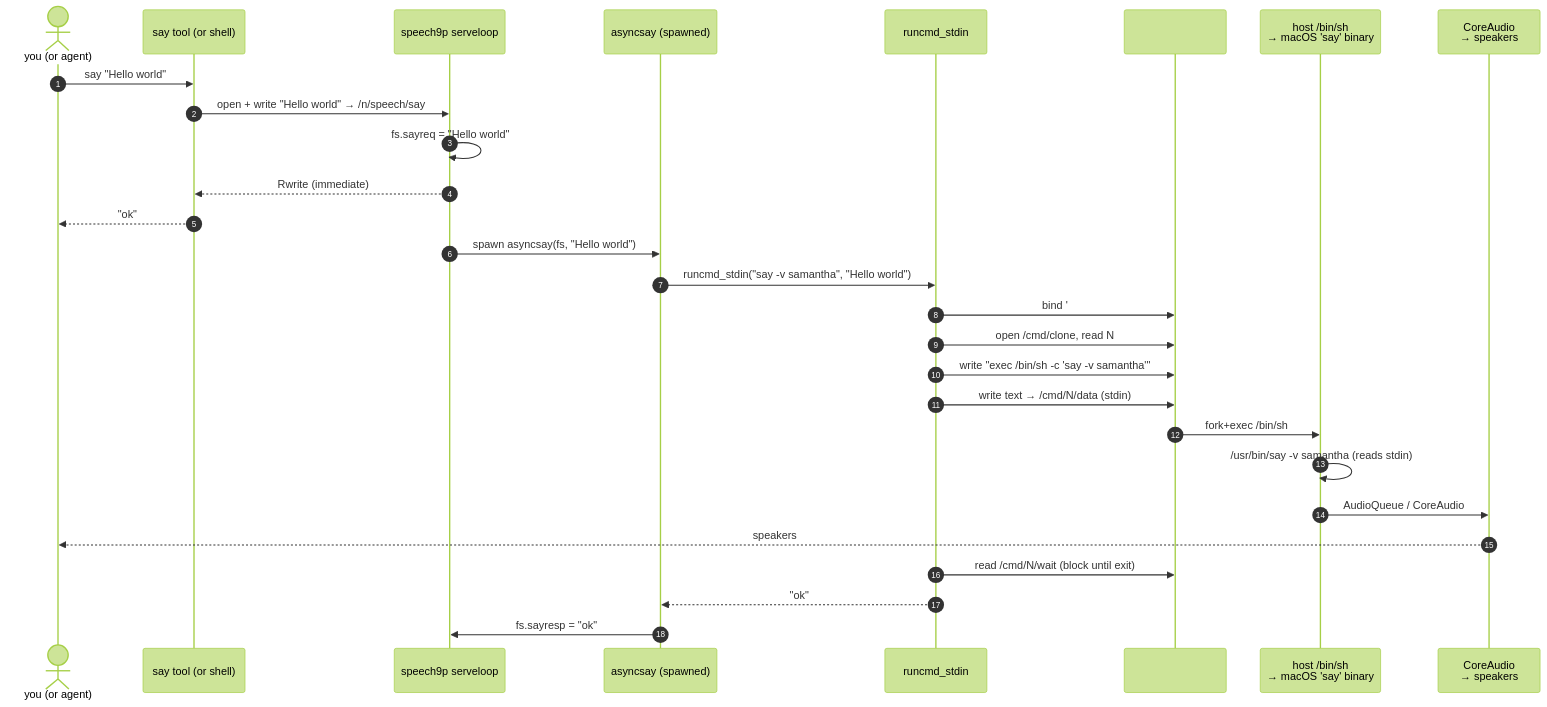
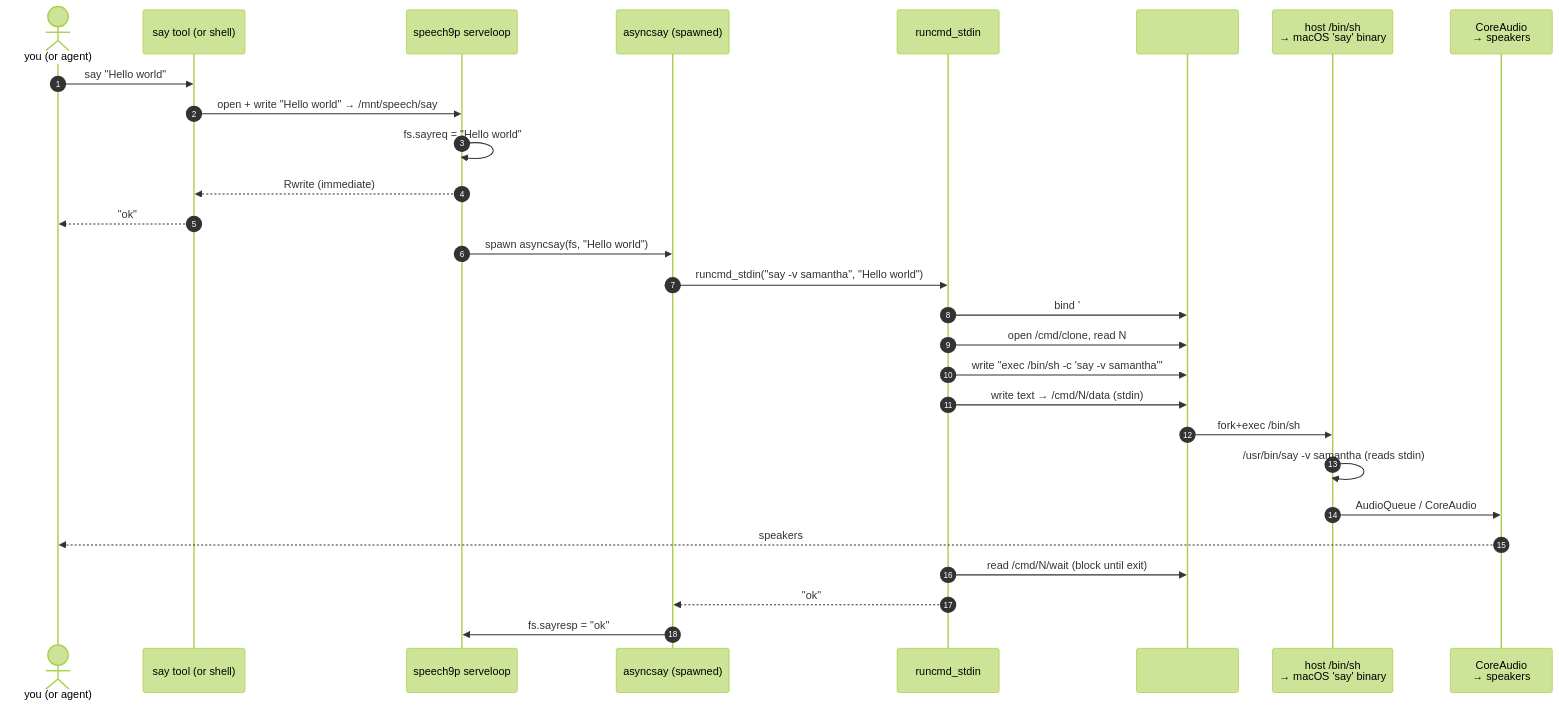
Diagram 15 of 16 in docs/SPEECH-ARCHITECTURE.md (Ticed/infernode-os), drawn with Mermaid (forest theme) before and after one commit. The commit also changed other lines of this file and 66 other files, not shown here.

````diff
--- a/docs/SPEECH-ARCHITECTURE.md
+++ b/docs/SPEECH-ARCHITECTURE.md
@@ -882,31 +882,31 @@
 ```mermaid
 sequenceDiagram
     autonumber
     actor user as you (or agent)
     participant tool as say tool (or shell)
     participant FS as speech9p serveloop
     participant Async as asyncsay (spawned)
     participant cmd as runcmd_stdin
     participant devC as #C devcmd<br/>/cmd/clone, /cmd/N
     participant host as host /bin/sh<br/>→ macOS 'say' binary
     participant ca as CoreAudio<br/>→ speakers
 
     user->>tool: say "Hello world"
-    tool->>FS: open + write "Hello world" → /n/speech/say
+    tool->>FS: open + write "Hello world" → /mnt/speech/say
     FS->>FS: fs.sayreq = "Hello world"
     FS-->>tool: Rwrite (immediate)
     tool-->>user: "ok"
     FS->>Async: spawn asyncsay(fs, "Hello world")
     Async->>cmd: runcmd_stdin("say -v samantha", "Hello world")
     cmd->>devC: bind '#C' '/' MBEFORE (lazy, once)
     cmd->>devC: open /cmd/clone, read N
     cmd->>devC: write "exec /bin/sh -c 'say -v samantha'"
     cmd->>devC: write text → /cmd/N/data (stdin)
     devC->>host: fork+exec /bin/sh
     host->>host: /usr/bin/say -v samantha (reads stdin)
     host->>ca: AudioQueue / CoreAudio
     ca-->>user: speakers
     cmd->>devC: read /cmd/N/wait (block until exit)
     cmd-->>Async: "ok"
     Async->>FS: fs.sayresp = "ok"
 ```
````
